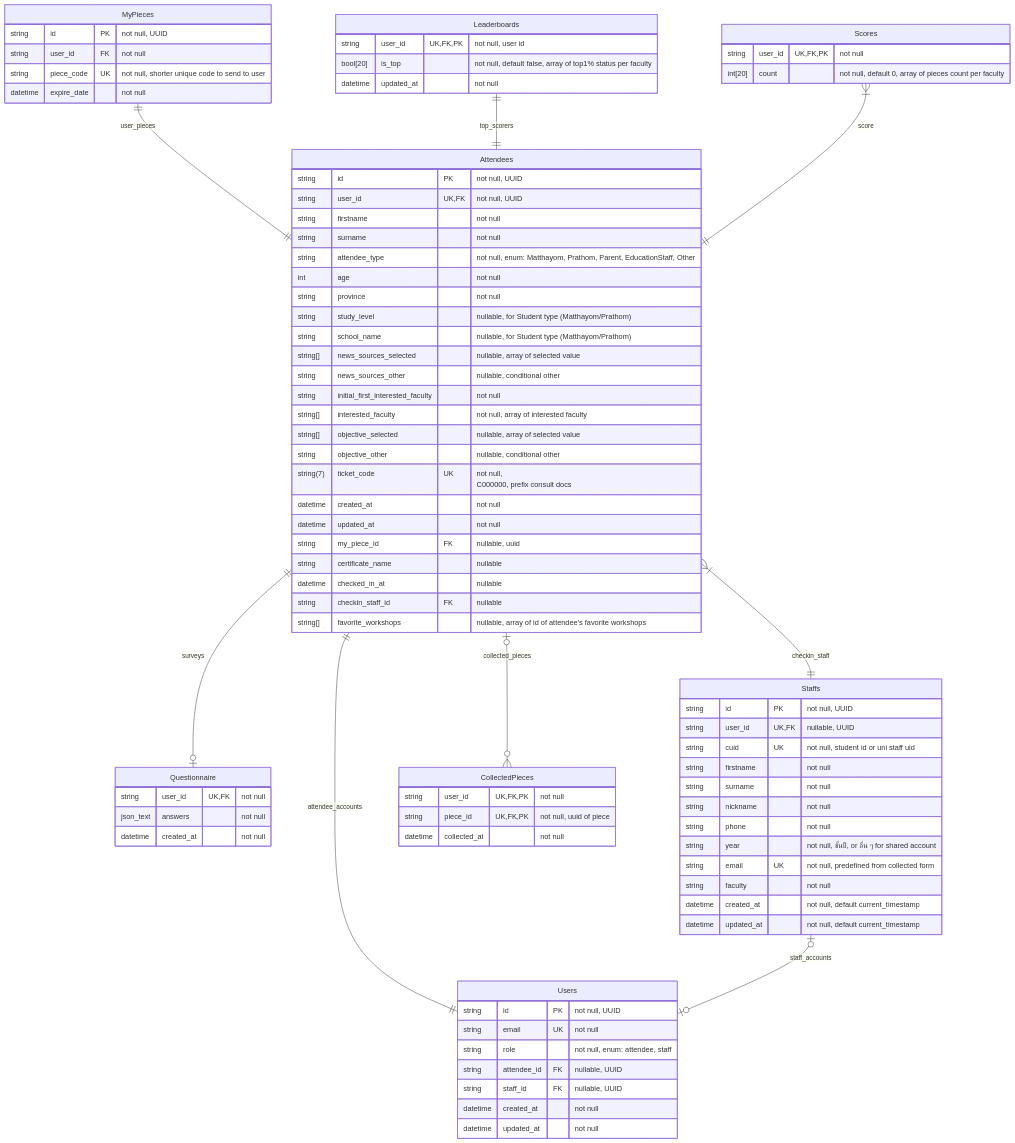
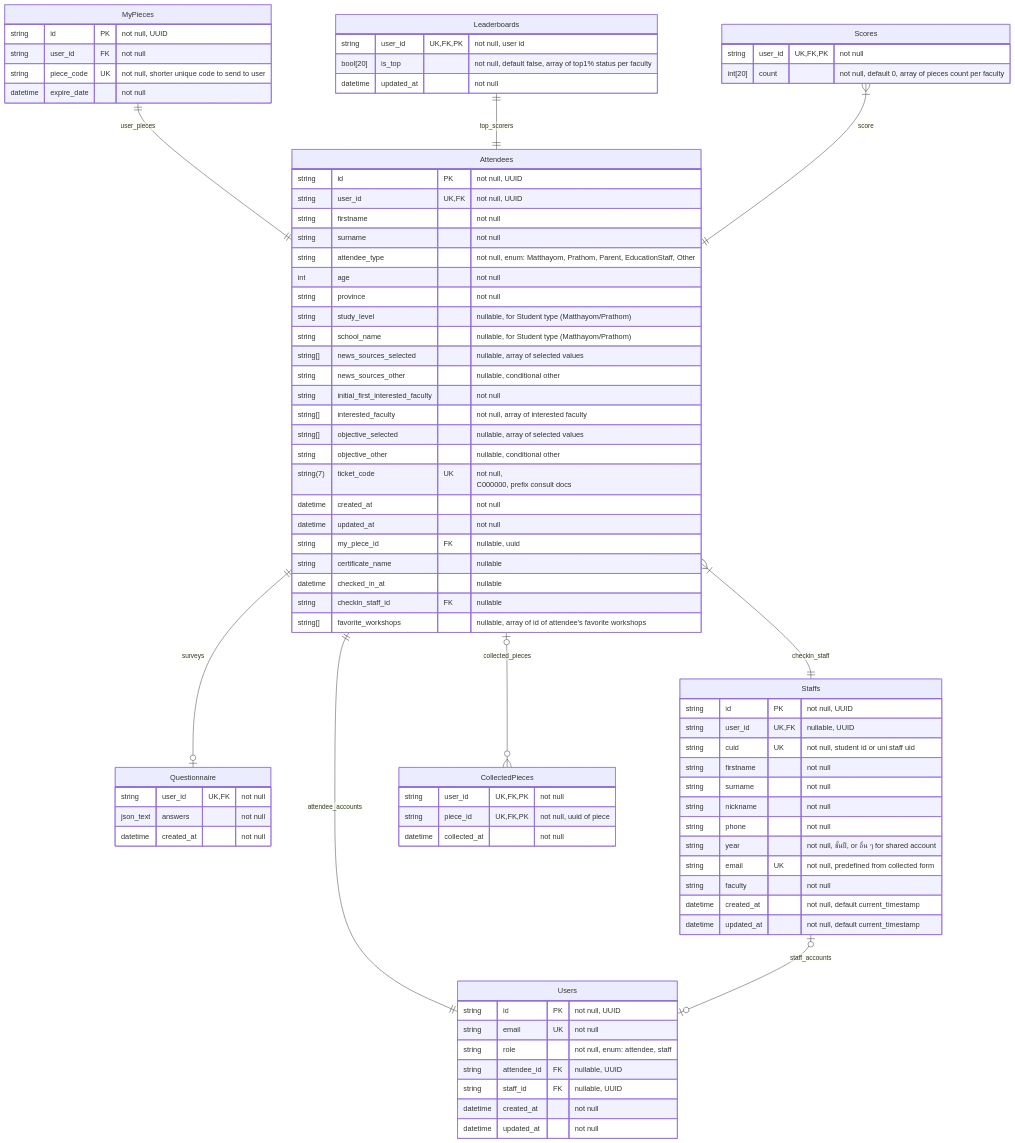
One commit to isd-sgcu/oph26-backend changed the diagram in README.md. Above: the diagram before and after it, drawn with Mermaid.

Commit message:
Apply suggestions from code review

```diff
--- a/README.md
+++ b/README.md
@@ -87,11 +87,11 @@
         string province "not null"
         string study_level "nullable, for Student type (Matthayom/Prathom)"
         string school_name "nullable, for Student type (Matthayom/Prathom)"
-        string[] news_sources_selected "nullable, array of selected value"
+        string[] news_sources_selected "nullable, array of selected values"
         string news_sources_other "nullable, conditional other"
         string initial_first_interested_faculty "not null"
         string[] interested_faculty "not null, array of interested faculty"
-        string[] objective_selected "nullable, array of selected value"
+        string[] objective_selected "nullable, array of selected values"
         string objective_other "nullable, conditional other"
         string(7) ticket_code UK "not null,<br/>C000000, prefix consult docs"
         datetime created_at "not null"
@@ -140,7 +140,8 @@
         int[20] count "not null, default 0, array of pieces count per faculty"
     }
 
-    %% Leaderboards store of this user_id is top1% of which the faculties at the updated time
+
+    %% Each row in Leaderboards records, for a given user_id, in which faculties the user is in the top 1% at the given updated_at time.
     Leaderboards {
         string user_id UK,FK,PK "not null, user id"
         bool[20] is_top "not null, default false, array of top1% status per faculty"
```
